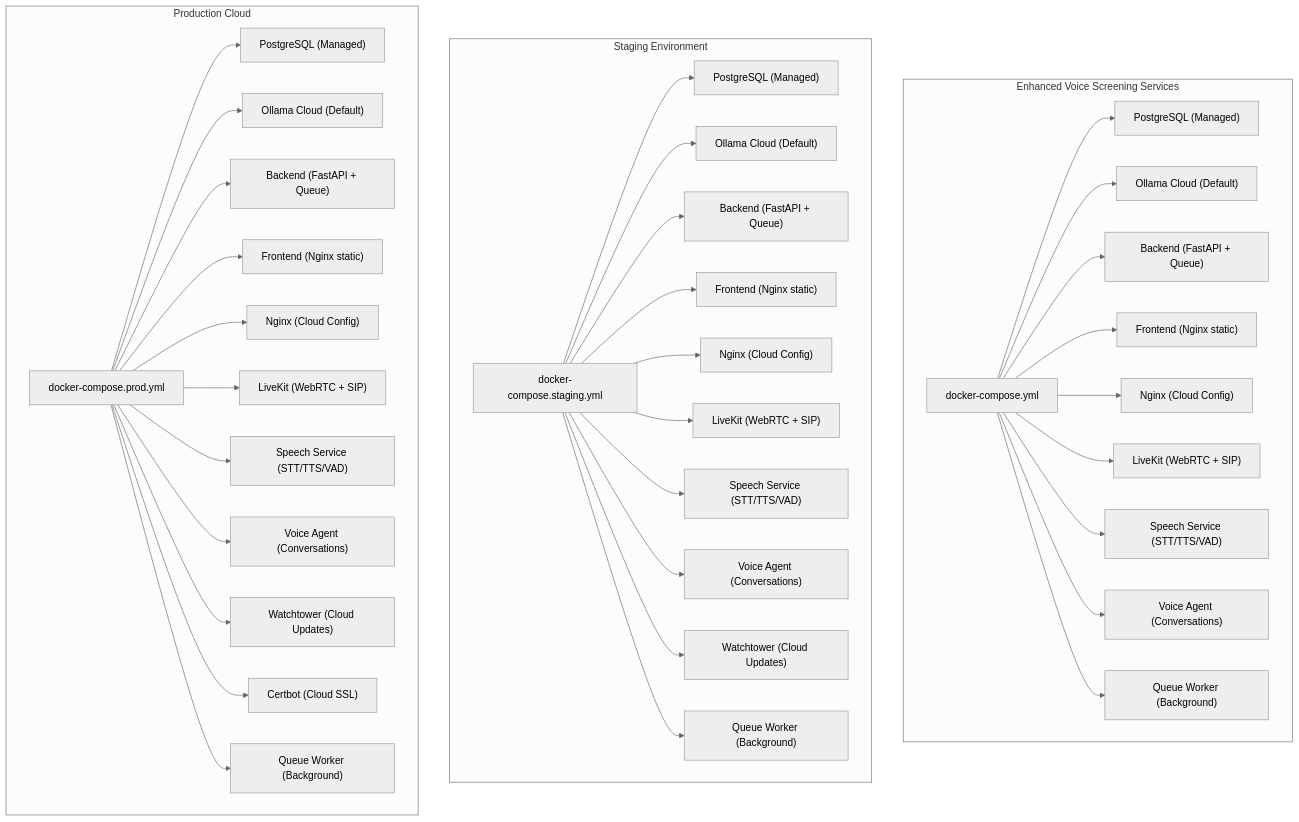
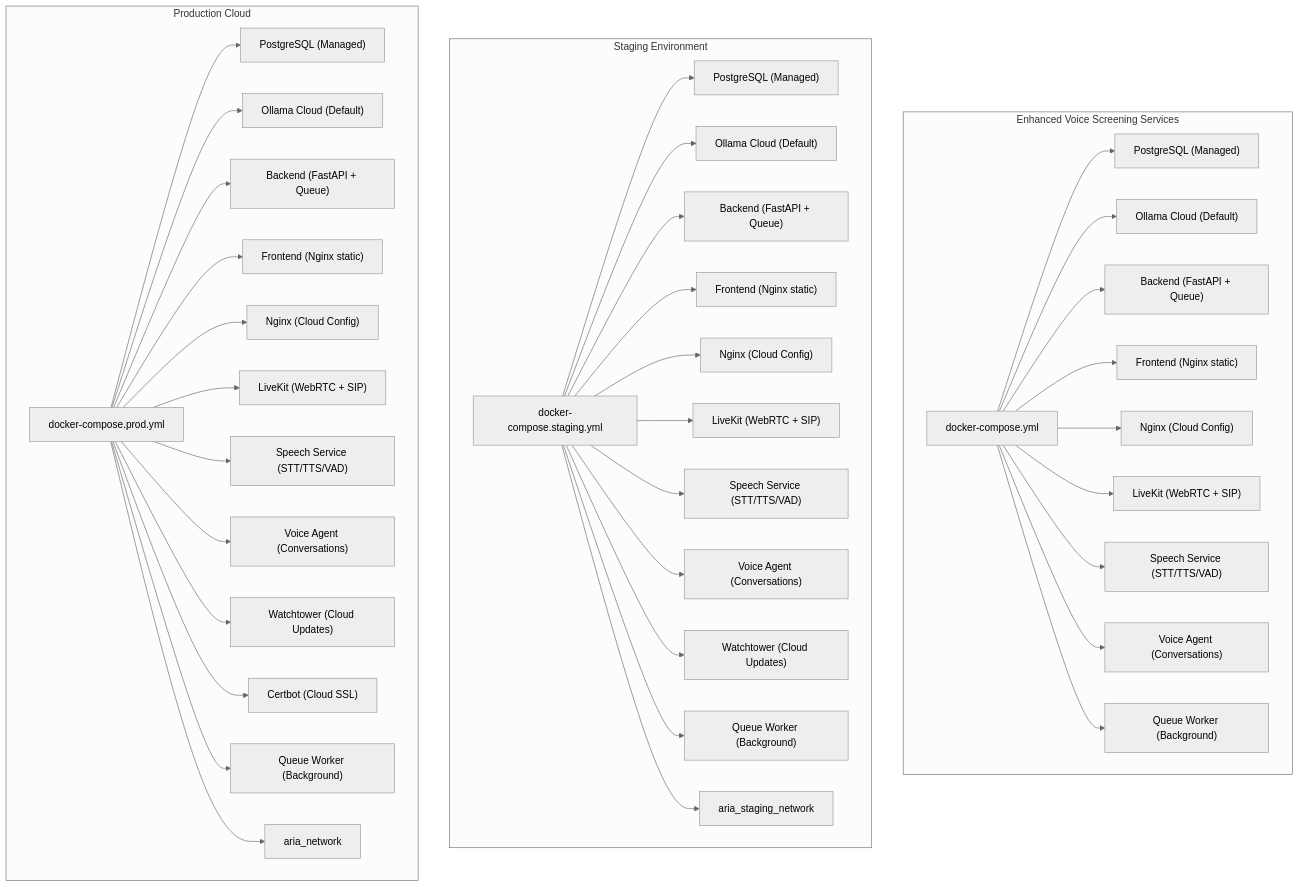
One commit to Revanththetalogics/aireume changed the second of 15 diagrams in .qoder/repowiki/en/content/Deployment & DevOps/Deployment & DevOps.md. Above: the diagram before and after it, drawn with Mermaid (neutral theme). The commit also changed other lines of this file and 58 other files, not shown here.

````diff
--- a/.qoder/repowiki/en/content/Deployment & DevOps/Deployment & DevOps.md
+++ b/.qoder/repowiki/en/content/Deployment & DevOps/Deployment & DevOps.md
@@ -148,42 +154,44 @@
 ```mermaid
 graph TB
 subgraph "Enhanced Voice Screening Services"
 Dev["docker-compose.yml"]
 Dev --> PostgresDev["PostgreSQL (Managed)"]
 Dev --> OllamaCloudDev["Ollama Cloud (Default)"]
 Dev --> BackendDev["Backend (FastAPI + Queue)"]
 Dev --> FrontendDev["Frontend (Nginx static)"]
 Dev --> NginxDev["Nginx (Cloud Config)"]
 Dev --> LiveKitDev["LiveKit (WebRTC + SIP)"]
 Dev --> SpeechServiceDev["Speech Service (STT/TTS/VAD)"]
 Dev --> VoiceAgentDev["Voice Agent (Conversations)"]
 Dev --> QueueWorkerDev["Queue Worker (Background)"]
 end
 subgraph "Staging Environment"
 Staging["docker-compose.staging.yml"]
 Staging --> PostgresStaging["PostgreSQL (Managed)"]
 Staging --> OllamaCloudStaging["Ollama Cloud (Default)"]
 Staging --> BackendStaging["Backend (FastAPI + Queue)"]
 Staging --> FrontendStaging["Frontend (Nginx static)"]
 Staging --> NginxStaging["Nginx (Cloud Config)"]
 Staging --> LiveKitStaging["LiveKit (WebRTC + SIP)"]
 Staging --> SpeechServiceStaging["Speech Service (STT/TTS/VAD)"]
 Staging --> VoiceAgentStaging["Voice Agent (Conversations)"]
 Staging --> WatchtowerStaging["Watchtower (Cloud Updates)"]
 Staging --> QueueWorkerStaging["Queue Worker (Background)"]
+Staging --> NetworkStaging["aria_staging_network"]
 end
 subgraph "Production Cloud"
 Prod["docker-compose.prod.yml"]
 Prod --> PostgresProd["PostgreSQL (Managed)"]
 Prod --> OllamaCloudProd["Ollama Cloud (Default)"]
 Prod --> BackendProd["Backend (FastAPI + Queue)"]
 Prod --> FrontendProd["Frontend (Nginx static)"]
 Prod --> NginxProd["Nginx (Cloud Config)"]
 Prod --> LiveKitProd["LiveKit (WebRTC + SIP)"]
 Prod --> SpeechServiceProd["Speech Service (STT/TTS/VAD)"]
 Prod --> VoiceAgentProd["Voice Agent (Conversations)"]
 Prod --> WatchtowerProd["Watchtower (Cloud Updates)"]
 Prod --> Certbot["Certbot (Cloud SSL)"]
 Prod --> QueueWorkerProd["Queue Worker (Background)"]
+Prod --> NetworkProd["aria_network"]
 end
 ```
````
